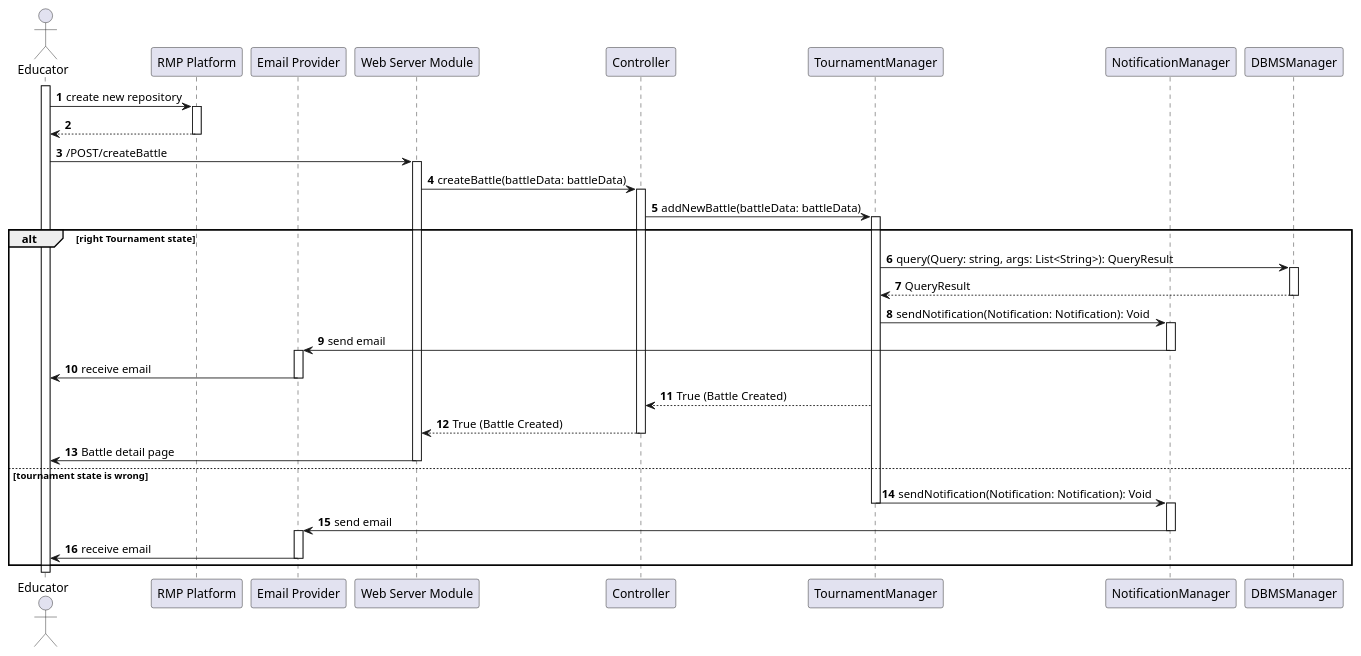
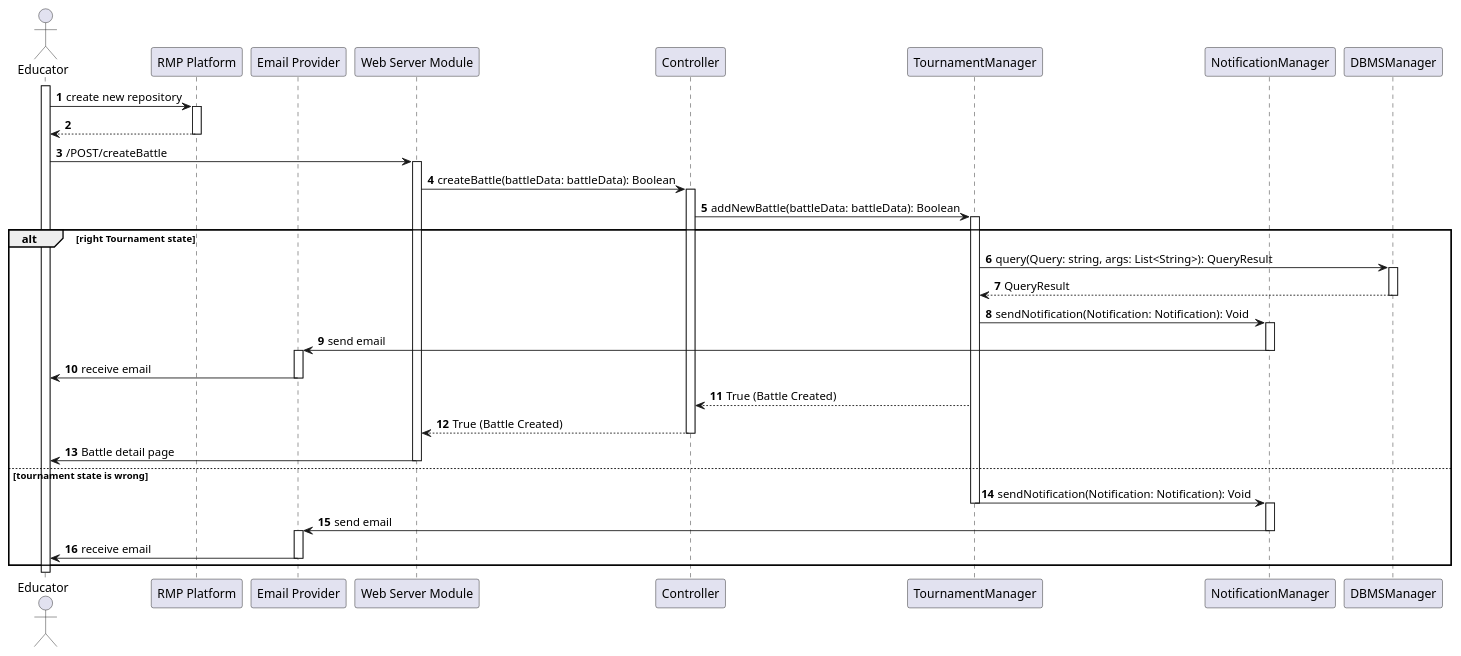
Before and after one commit to Angelo7672/SE2_Requirement-and-Design-Document: the diagram in _DD/Images/sequenceDiagrams/createABattle.wsd, drawn with PlantUML. The commit also changed 8 other files, not shown here.

```diff
--- a/_DD/Images/sequenceDiagrams/createABattle.wsd
+++ b/_DD/Images/sequenceDiagrams/createABattle.wsd
@@ -1,52 +1,52 @@
 @startuml
 
 'NEW:w
 autonumber
 actor Educator as E
 participant "RMP Platform" as RMP
 participant "Email Provider" as EM 
 participant "Web Server Module" as WS
 participant Controller as C
 participant TournamentManager as TM
 participant NotificationManager as NM
 participant DBMSManager as DB 
 
 activate E
 E -> RMP: create new repository
 activate RMP
 RMP --> E
 deactivate RMP
 E -> WS: /POST/createBattle
 activate WS
-WS -> C: createBattle(battleData: battleData)
+WS -> C: createBattle(battleData: battleData): Boolean
 activate C
-C -> TM: addNewBattle(battleData: battleData)
+C -> TM: addNewBattle(battleData: battleData): Boolean
 activate TM
 alt right Tournament state
     TM -> DB: query(Query: string, args: List<String>): QueryResult
     activate DB
     DB --> TM: QueryResult
     deactivate DB
     TM -> NM: sendNotification(Notification: Notification): Void
     activate NM
     NM -> EM: send email
     deactivate NM
     activate EM
     EM -> E: receive email
     deactivate EM
     TM --> C: True (Battle Created)
     C --> WS: True (Battle Created)
     deactivate C
     WS -> E: Battle detail page
     deactivate WS
 else tournament state is wrong 
     TM -> NM: sendNotification(Notification: Notification): Void
     deactivate TM
     activate NM
     NM -> EM: send email
     deactivate NM
     activate EM
     EM -> E: receive email
     deactivate EM
 end
 @enduml
```
